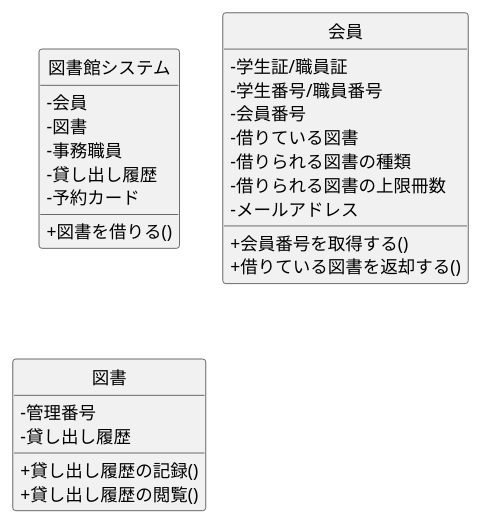
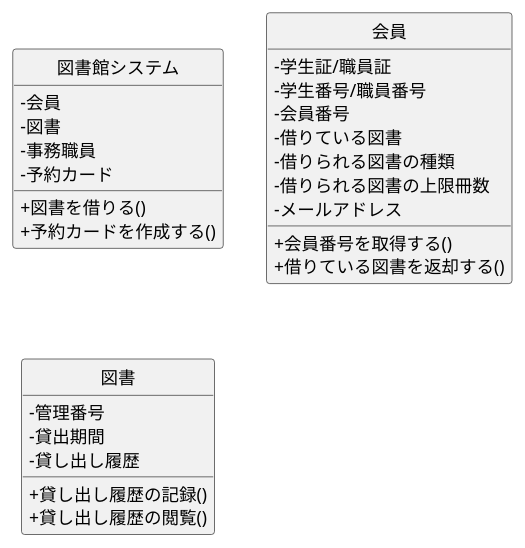
The diagram in kouka/class.pu (FujikawaHirono0520/group3_1_dogdog), drawn with PlantUML before and after one commit.

Commit message:
貸出期間の変更

```diff
--- a/kouka/class.pu
+++ b/kouka/class.pu
@@ -1,37 +1,38 @@
 @startuml 図書館システム-クラス図
 
 skinparam classAttributeIconSize 0
 hide circle
 
 class 図書館システム {
  -会員
  -図書
  -事務職員
- -貸し出し履歴
  -予約カード
 
  +図書を借りる()
+ +予約カードを作成する()
 }
 
 class 会員 {
  -学生証/職員証
  -学生番号/職員番号
  -会員番号
  -借りている図書
  -借りられる図書の種類
  -借りられる図書の上限冊数
  -メールアドレス
 
  +会員番号を取得する()
  +借りている図書を返却する()
 }
 
 class 図書 {
  -管理番号
+ -貸出期間
  -貸し出し履歴
 
  +貸し出し履歴の記録()
  +貸し出し履歴の閲覧()
 }
 
 @enduml
```
